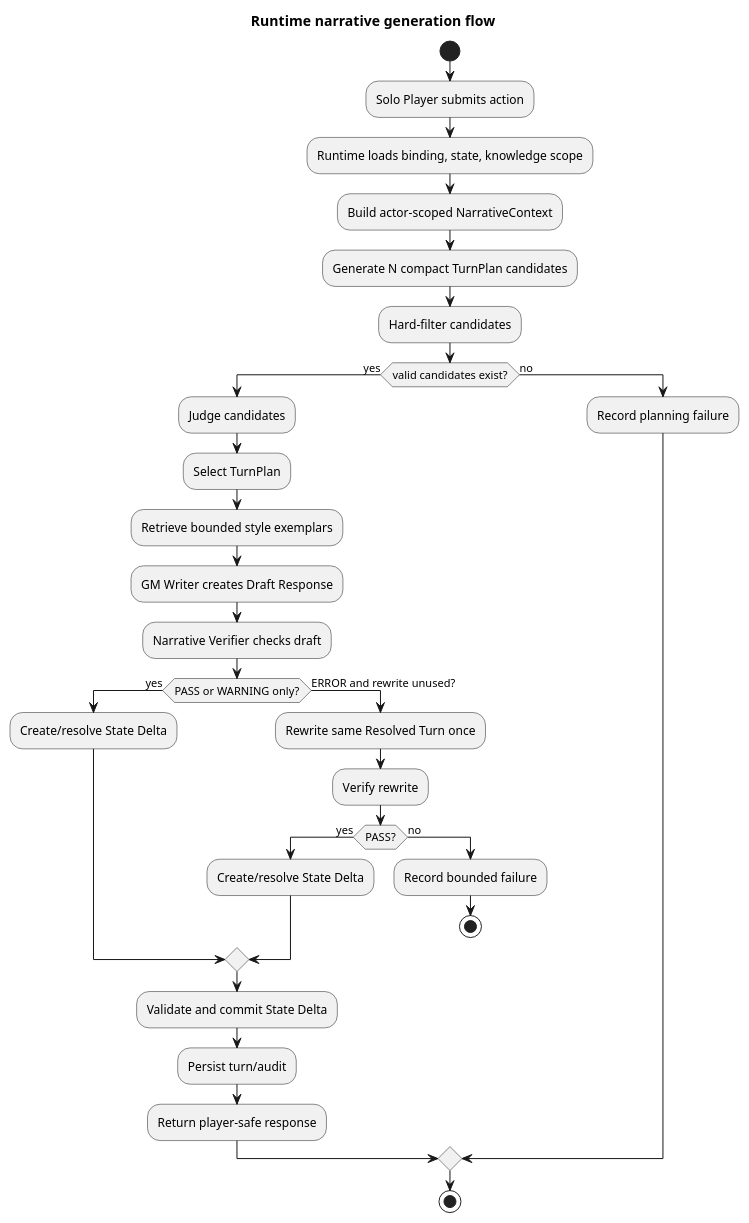
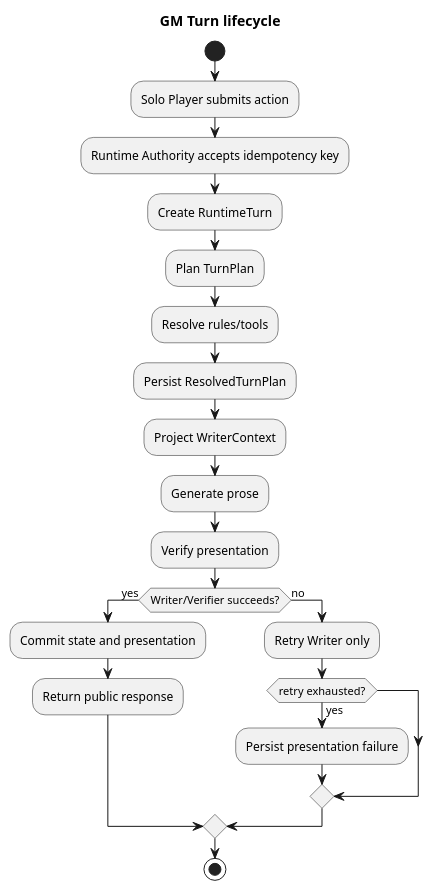
One commit to omegafrog/dnd-master changed the first of 4 diagrams in docs/specs/architecture-spec.md. Above: the diagram before and after it, drawn with PlantUML. The commit also changed other lines of this file and 7 other files, not shown here.

Commit message:
docs: plan GM turn quality governance

````diff
--- a/docs/specs/architecture-spec.md
+++ b/docs/specs/architecture-spec.md
@@ -43,36 +33,25 @@
 ```plantuml
 @startuml
-title Runtime narrative generation flow
+title GM Turn lifecycle
 start
 :Solo Player submits action;
-:Runtime loads binding, state, knowledge scope;
-:Build actor-scoped NarrativeContext;
-:Generate N compact TurnPlan candidates;
-:Hard-filter candidates;
-if (valid candidates exist?) then (yes)
-  :Judge candidates;
-  :Select TurnPlan;
-  :Retrieve bounded style exemplars;
-  :GM Writer creates Draft Response;
-  :Narrative Verifier checks draft;
-  if (PASS or WARNING only?) then (yes)
-    :Create/resolve State Delta;
-  else (ERROR and rewrite unused?)
-    :Rewrite same Resolved Turn once;
-    :Verify rewrite;
-    if (PASS?) then (yes)
-      :Create/resolve State Delta;
-    else (no)
-      :Record bounded failure;
-      stop
-    endif
+:Runtime Authority accepts idempotency key;
+:Create RuntimeTurn;
+:Plan TurnPlan;
+:Resolve rules/tools;
+:Persist ResolvedTurnPlan;
+:Project WriterContext;
+:Generate prose;
+:Verify presentation;
+if (Writer/Verifier succeeds?) then (yes)
+  :Commit state and presentation;
+  :Return public response;
+else (no)
+  :Retry Writer only;
+  if (retry exhausted?) then (yes)
+    :Persist presentation failure;
   endif
-  :Validate and commit State Delta;
-  :Persist turn/audit;
-  :Return player-safe response;
-else (no)
-  :Record planning failure;
 endif
 stop
 @enduml
 ```
````
